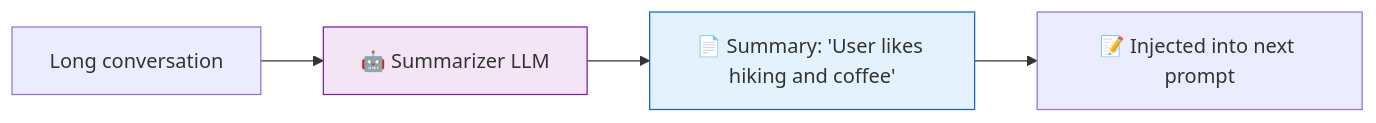
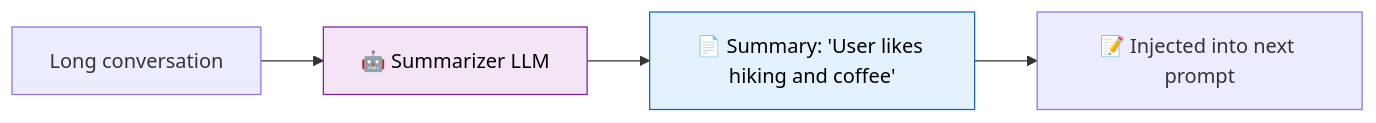
One commit to remolaan/Agentic-AI-Cookbook changed the fifth of 6 diagrams in 06_memory/README.md. Above: the diagram before and after it, drawn with Mermaid. The commit also changed other lines of this file and 45 other files, not shown here.

Commit message:
Fix Mermaid diagram text colors for readability across all READMEs

````diff
--- a/06_memory/README.md
+++ b/06_memory/README.md
@@ -157,9 +157,9 @@
 ```mermaid
 flowchart LR
     A["Long conversation"] --> B["🤖 Summarizer LLM"]
     B --> C["📄 Summary: 'User likes hiking and coffee'"]
     C --> D["📝 Injected into next prompt"]
     
-    style B fill:#f3e5f5,stroke:#7b1fa2
-    style C fill:#e3f2fd,stroke:#1565c0
+    style B fill:#f3e5f5,stroke:#7b1fa2,color:#000000
+    style C fill:#e3f2fd,stroke:#1565c0,color:#000000
 ```
````
